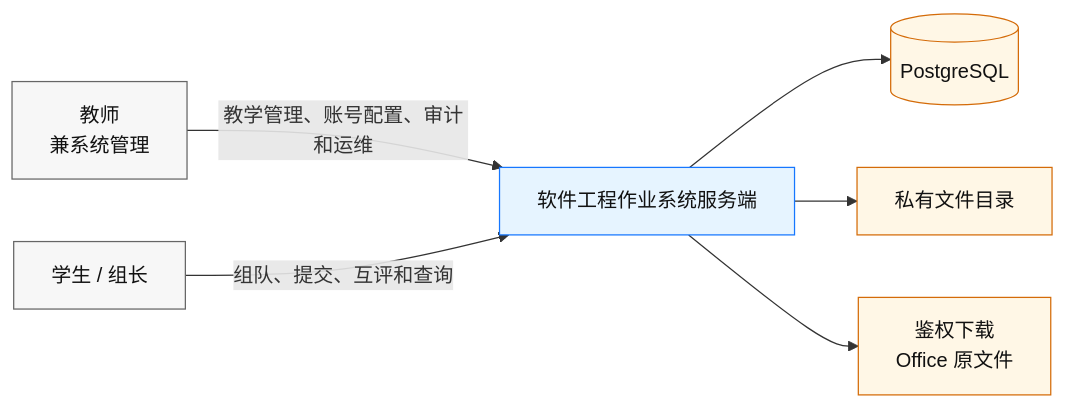
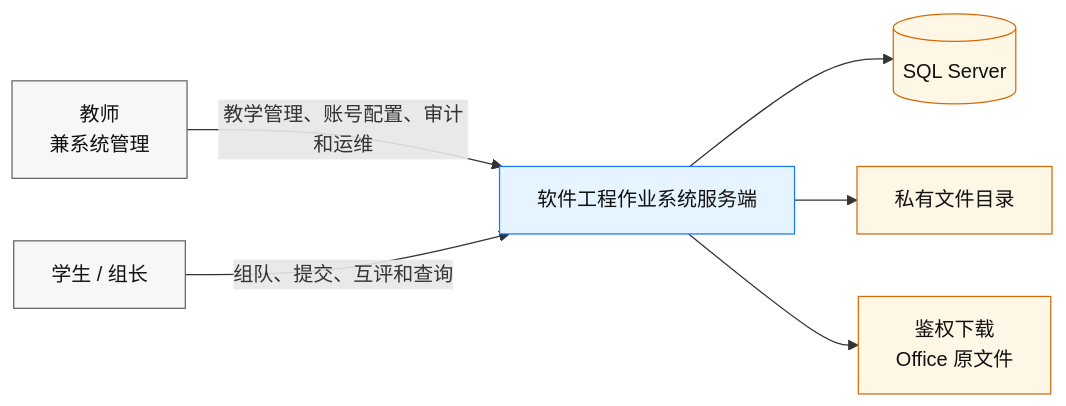
Before and after one commit to jackli5541/rjgc-zy-system: the first of 5 diagrams in docs/系统架构设计.md, drawn with Mermaid. The commit also changed other lines of this file and 38 other files, not shown here.

Commit message:
feat: migrate persistence to SQL Server

````diff
--- a/docs/系统架构设计.md
+++ b/docs/系统架构设计.md
@@ -27,16 +27,16 @@
 ```mermaid
 flowchart LR
     Teacher["教师<br/>兼系统管理"] -->|教学管理、账号配置、审计和运维| System["软件工程作业系统服务端"]
     Student["学生 / 组长"] -->|组队、提交、互评和查询| System
 
-    System --> Database[("PostgreSQL")]
+    System --> Database[("SQL Server")]
     System --> Files["私有文件目录"]
     System --> Download["鉴权下载<br/>Office 原文件"]
 
     classDef actor fill:#f7f7f7,stroke:#666,color:#111;
     classDef app fill:#e6f4ff,stroke:#1677ff,color:#111;
     classDef infra fill:#fff7e6,stroke:#d46b08,color:#111;
     class Teacher,Student actor;
     class System app;
     class Database,Files,Download infra;
 ```
````
